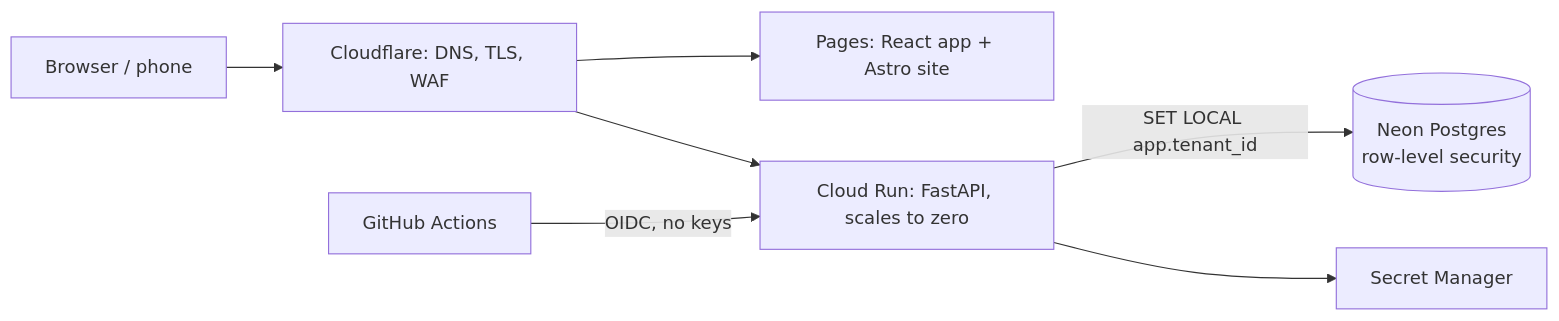
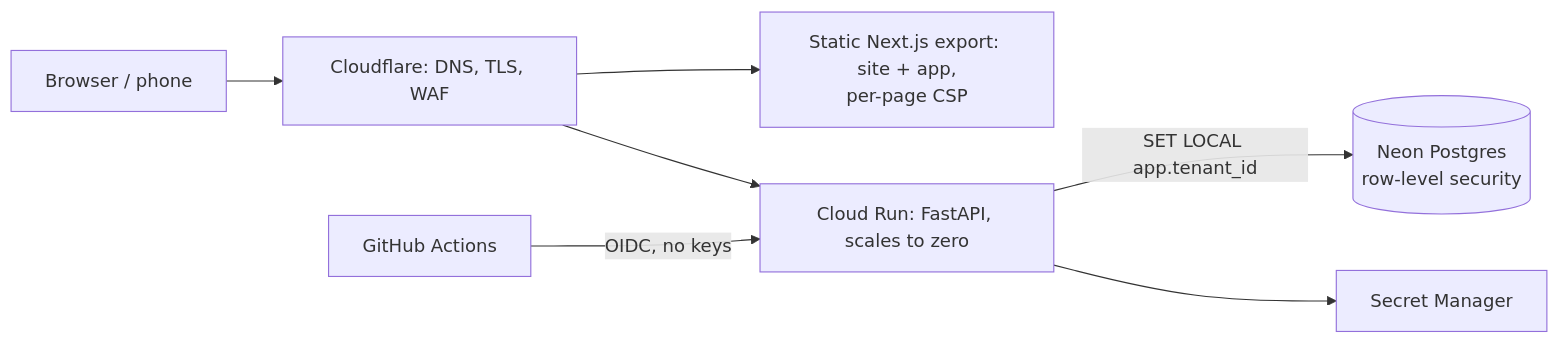
Before and after one commit to omikhan4901/companymgmt: the diagram in README.md, drawn with Mermaid. The commit also changed other lines of this file and 194 other files, not shown here.

First line of the commit message:
feat(web): switch to the Next.js app; retire the Vite SPA and Astro site

````diff
--- a/README.md
+++ b/README.md
@@ -44,9 +52,9 @@
 ```mermaid
 flowchart LR
   U[Browser / phone] --> CF[Cloudflare: DNS, TLS, WAF]
-  CF --> P[Pages: React app + Astro site]
+  CF --> P[Static Next.js export: site + app,<br/>per-page CSP]
   CF --> R[Cloud Run: FastAPI, scales to zero]
   R -->|"SET LOCAL app.tenant_id"| DB[(Neon Postgres<br/>row-level security)]
   R --> SM[Secret Manager]
   GH[GitHub Actions] -->|OIDC, no keys| R
 ```
````
